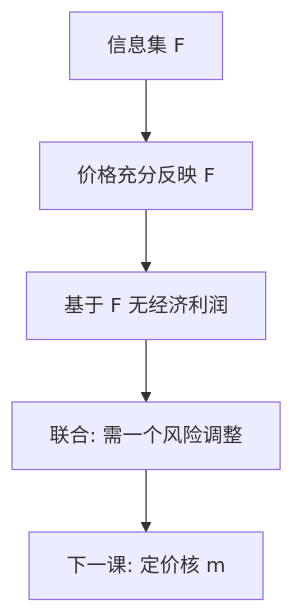
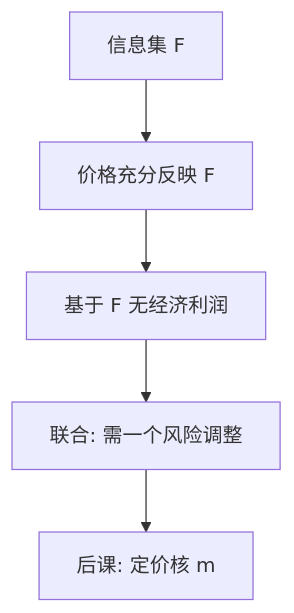
Before and after one commit to xhongduo-tech/xhongduo-tech.github.io: the first of 2 diagrams in docs/econ/emh.md, drawn with Mermaid. The commit also changed other lines of this file and 3 other files, not shown here.

````diff
--- a/docs/econ/emh.md
+++ b/docs/econ/emh.md
@@ -34,7 +34,7 @@
 ```mermaid
 flowchart TD
   INFO["信息集 F"] --> P["价格充分反映 F"]
   P --> NP["基于 F 无经济利润"]
   NP --> J["联合: 需一个风险调整"]
-  J --> SDF["下一课: 定价核 m"]
+  J --> SDF["后课: 定价核 m"]
 ```
````
